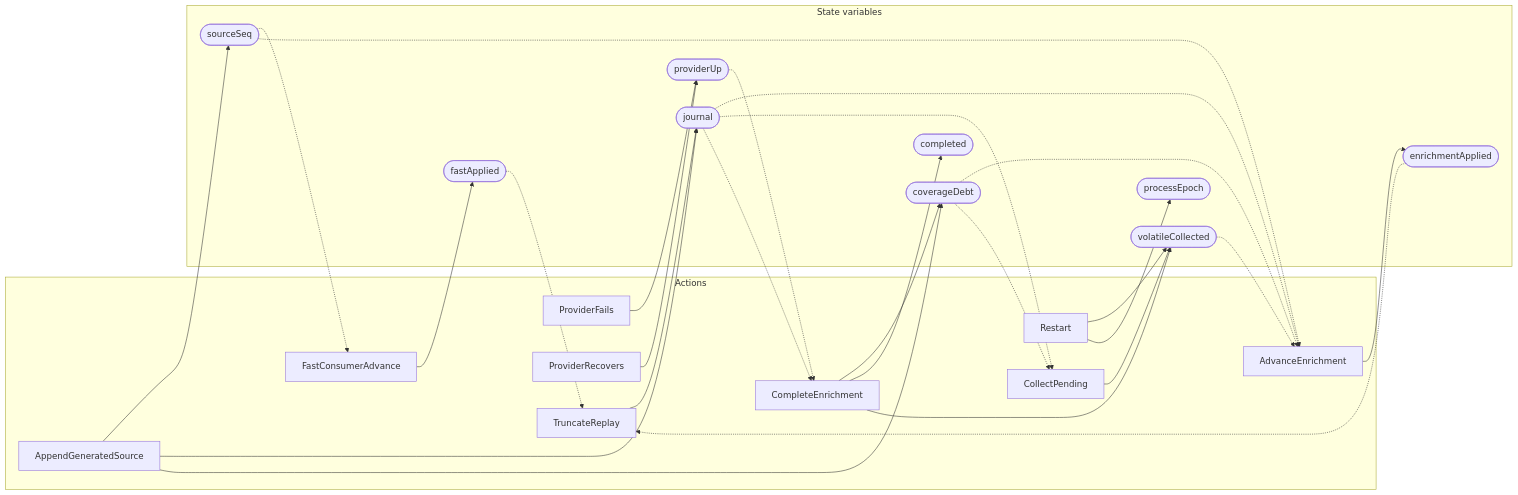
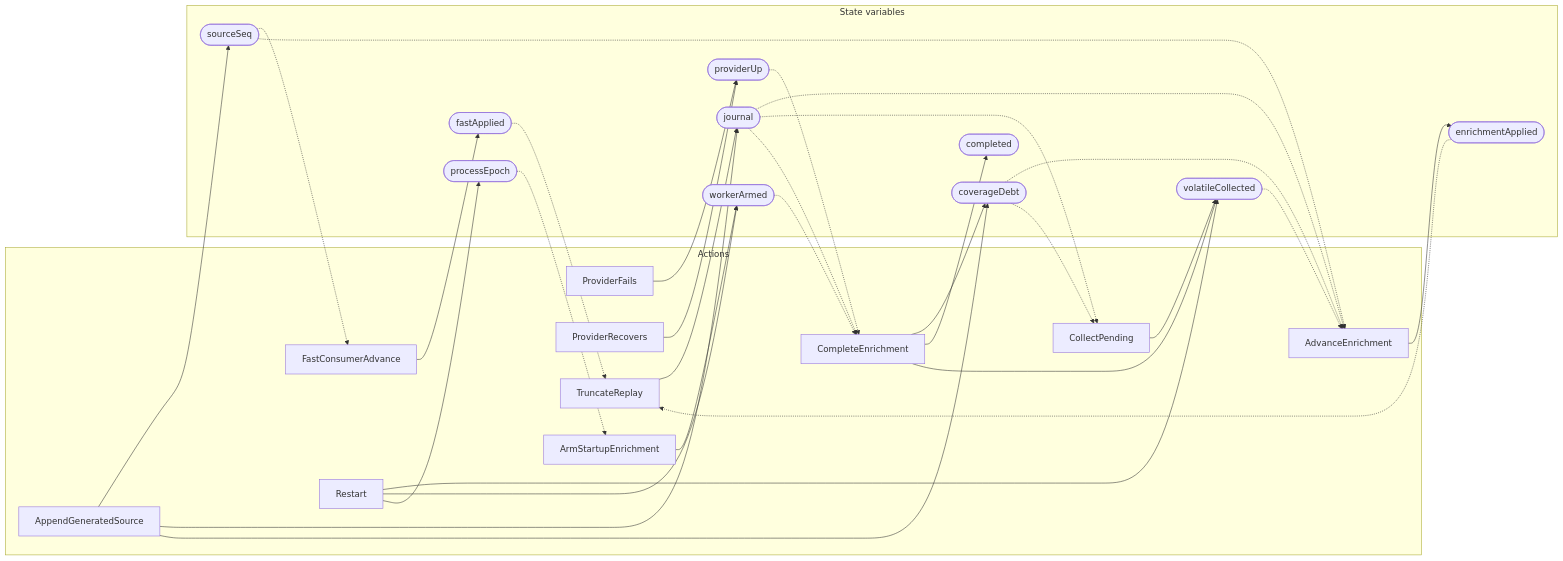
The diagram in zig/specs/tla/diagrams/storage/db/AntflyReplayEnrichmentBridge.md (antflydb/antfly), drawn with Mermaid before and after one commit. The commit also changed other lines of this file and 1 other file, not shown here.

Commit message:
docs(tla): refresh restart rearm diagrams

````diff
--- a/zig/specs/tla/diagrams/storage/db/AntflyReplayEnrichmentBridge.md
+++ b/zig/specs/tla/diagrams/storage/db/AntflyReplayEnrichmentBridge.md
@@ -25,50 +26,56 @@
 ```mermaid
 flowchart LR
     subgraph actions["Actions"]
         a0[AppendGeneratedSource]
         a1[FastConsumerAdvance]
         a2[ProviderFails]
         a3[ProviderRecovers]
         a4[AdvanceEnrichment]
         a5[Restart]
-        a6[CollectPending]
-        a7[CompleteEnrichment]
-        a8[TruncateReplay]
+        a6[ArmStartupEnrichment]
+        a7[CollectPending]
+        a8[CompleteEnrichment]
+        a9[TruncateReplay]
     end
     subgraph state["State variables"]
         v0([sourceSeq])
         v1([journal])
         v2([coverageDebt])
         v3([fastApplied])
         v4([providerUp])
         v5([enrichmentApplied])
         v6([volatileCollected])
-        v7([processEpoch])
-        v8([completed])
+        v7([workerArmed])
+        v8([processEpoch])
+        v9([completed])
     end
     a0 --> v0
     a0 --> v1
     a0 --> v2
     a1 --> v3
     v0 -.-> a1
     a2 --> v4
     a3 --> v4
     a4 --> v5
     v0 -.-> a4
     v1 -.-> a4
     v2 -.-> a4
     v6 -.-> a4
     a5 --> v6
     a5 --> v7
-    a6 --> v6
-    v1 -.-> a6
-    v2 -.-> a6
-    a7 --> v2
-    a7 --> v8
+    a5 --> v8
+    a6 --> v7
+    v8 -.-> a6
     a7 --> v6
     v1 -.-> a7
-    v4 -.-> a7
-    a8 --> v1
-    v3 -.-> a8
-    v5 -.-> a8
+    v2 -.-> a7
+    a8 --> v2
+    a8 --> v9
+    a8 --> v6
+    v1 -.-> a8
+    v4 -.-> a8
+    v7 -.-> a8
+    a9 --> v1
+    v3 -.-> a9
+    v5 -.-> a9
 ```
````
